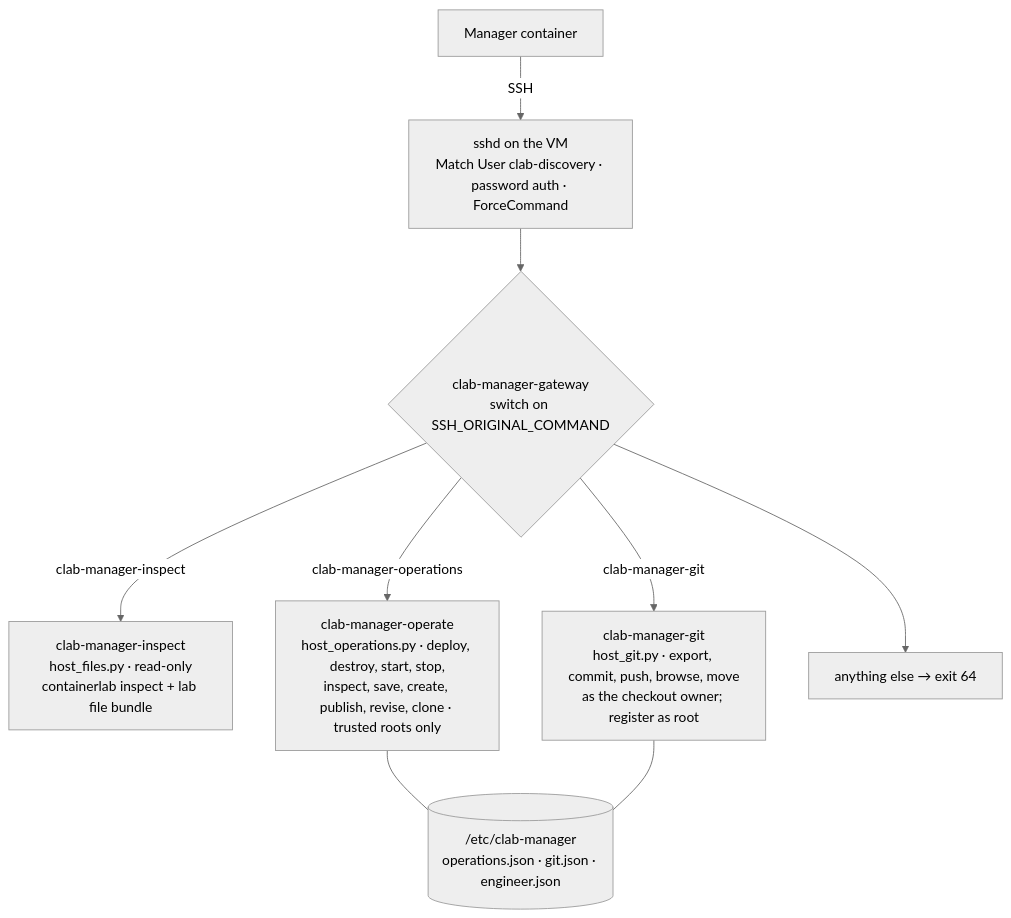
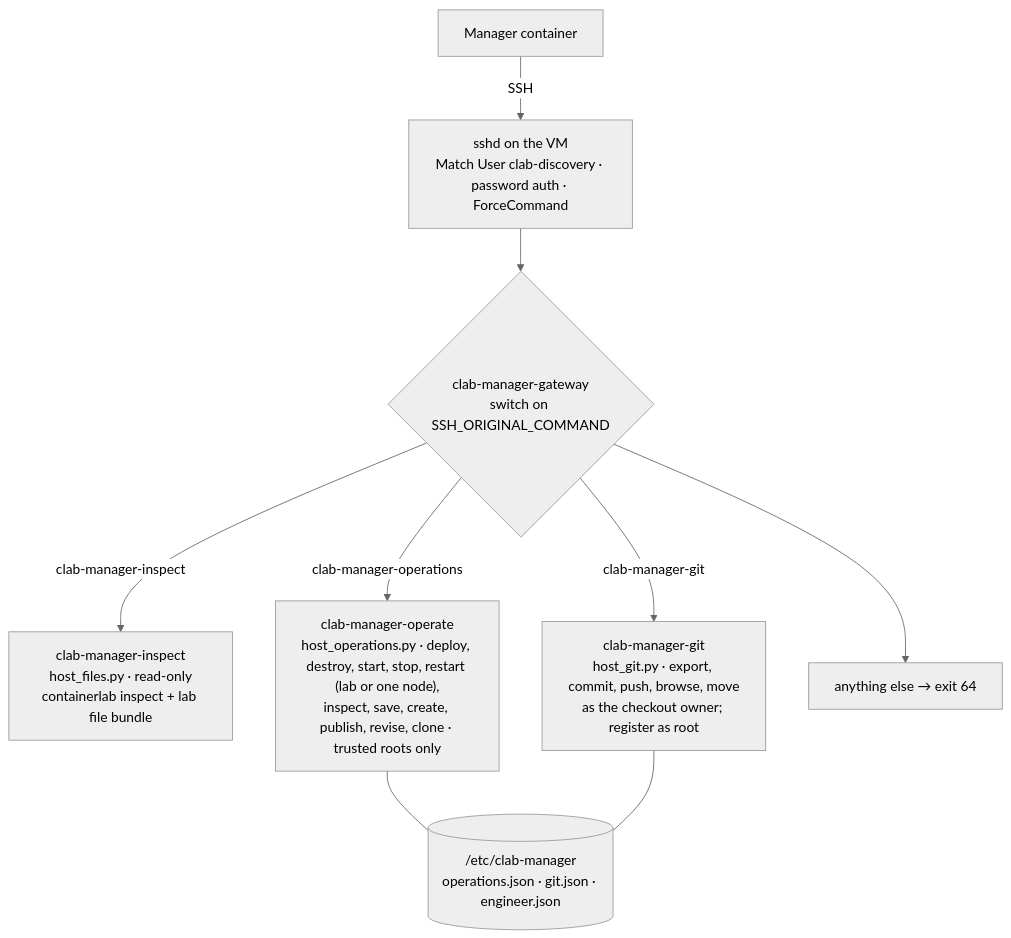
Before and after one commit to ArchRuger/CLAB-BACKUP-WORKER-v2: the second of 4 diagrams in docs/ARCHITECTURE.md, drawn with Mermaid (neutral theme). The commit also changed other lines of this file and 449 other files, not shown here.

First line of the commit message:
Release 1.30.48: Restart device (containerlab restart --node, extension parity) and the netlab UI/UX campaign, part 1 (QA-001…QA-018, U-01…U-21, RD-001…RD-004 fixed with tests; stress and coverage passes; XRv9k fresh-disk and neighbour-down limits named in the review; live evidence per image)

````diff
--- a/docs/ARCHITECTURE.md
+++ b/docs/ARCHITECTURE.md
@@ -41,18 +41,18 @@
 ```mermaid
 flowchart TB
     M["Manager container"]
     S["sshd on the VM<br/>Match User clab-discovery · password auth · ForceCommand"]
     GW{"clab-manager-gateway<br/>switch on SSH_ORIGINAL_COMMAND"}
     I["clab-manager-inspect<br/>host_files.py · read-only<br/>containerlab inspect + lab file bundle"]
-    O["clab-manager-operate<br/>host_operations.py · deploy, destroy, start, stop,<br/>inspect, save, create, publish, revise, clone · trusted roots only"]
+    O["clab-manager-operate<br/>host_operations.py · deploy, destroy, start, stop, restart (lab or one node),<br/>inspect, save, create, publish, revise, clone · trusted roots only"]
     Gt["clab-manager-git<br/>host_git.py · export, commit, push, browse, move<br/>as the checkout owner; register as root"]
     X["anything else → exit 64"]
     T[("/etc/clab-manager<br/>operations.json · git.json · engineer.json")]
     M -- "SSH" --> S --> GW
     GW -- "clab-manager-inspect" --> I
     GW -- "clab-manager-operations" --> O
     GW -- "clab-manager-git" --> Gt
     GW --> X
     O --- T
     Gt --- T
 ```
````
